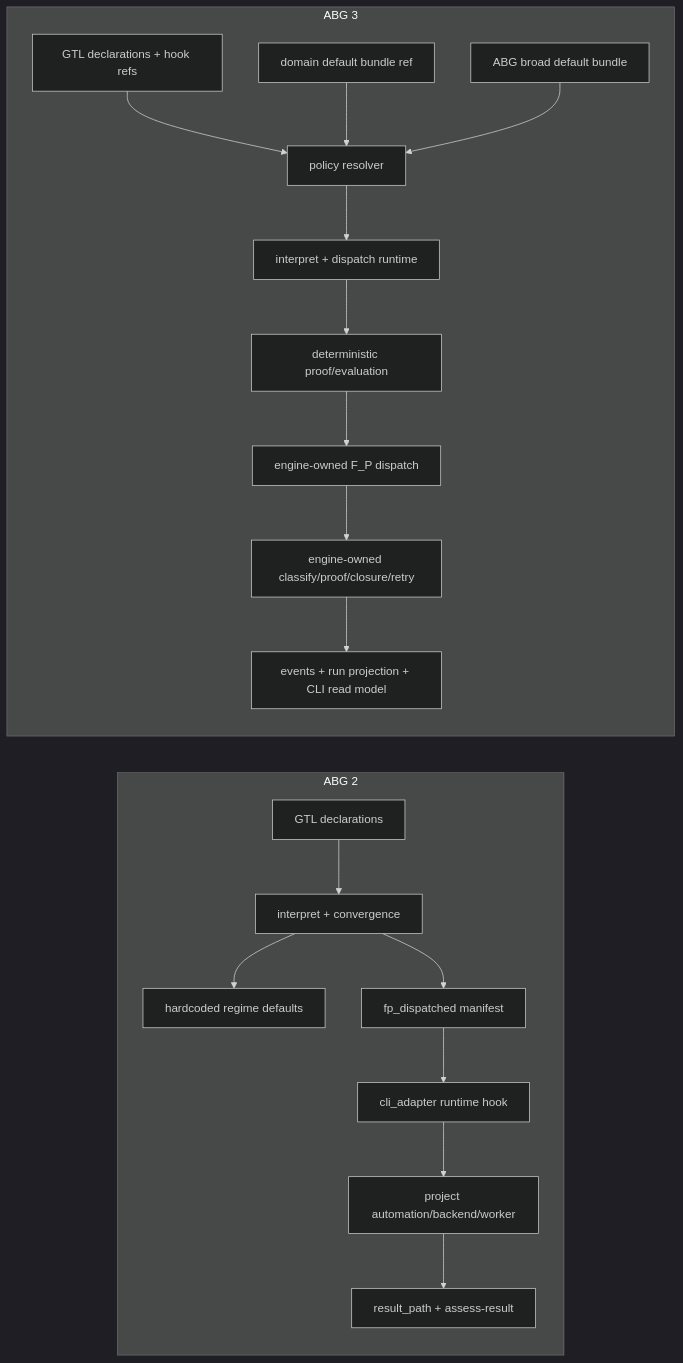
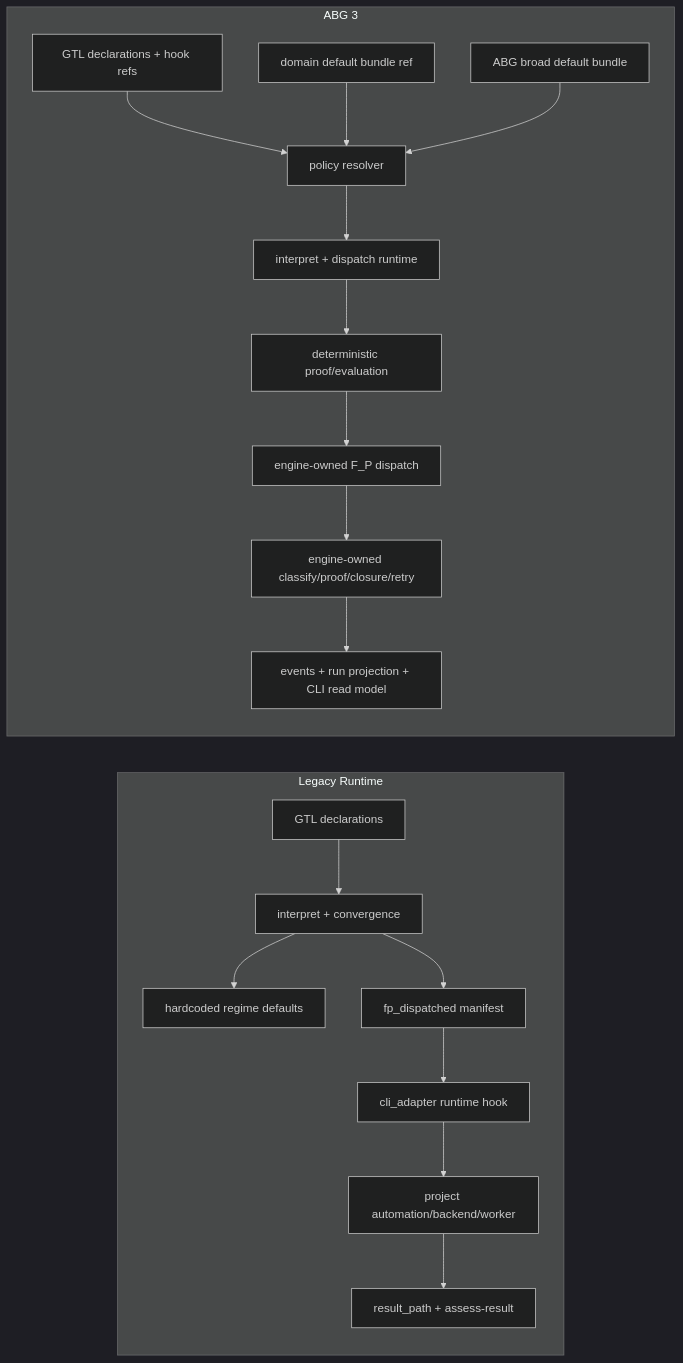
Before and after one commit to foolishimp/abiogenesis: the sixth of 7 diagrams in build_tenants/abiogenesis/python/design/ABG_3_MODULE_DESIGN.md, drawn with Mermaid (dark theme). The commit also changed other lines of this file and 147 other files, not shown here.

````diff
--- a/build_tenants/abiogenesis/python/design/ABG_3_MODULE_DESIGN.md
+++ b/build_tenants/abiogenesis/python/design/ABG_3_MODULE_DESIGN.md
@@ -420,22 +420,22 @@
 ```mermaid
 flowchart LR
-    subgraph ABG2["ABG 2"]
+    subgraph LEGACY["Legacy Runtime"]
         A1["GTL declarations"] --> A2["interpret + convergence"]
         A2 --> A3["hardcoded regime defaults"]
         A2 --> A4["fp_dispatched manifest"]
         A4 --> A5["cli_adapter runtime hook"]
         A5 --> A6["project automation/backend/worker"]
         A6 --> A7["result_path + assess-result"]
     end
 
     subgraph ABG3["ABG 3"]
         B1["GTL declarations + hook refs"] --> B2["policy resolver"]
         B8["domain default bundle ref"] --> B2
         B9["ABG broad default bundle"] --> B2
         B2 --> B3["interpret + dispatch runtime"]
         B3 --> B4["deterministic proof/evaluation"]
         B4 --> B5["engine-owned F_P dispatch"]
         B5 --> B6["engine-owned classify/proof/closure/retry"]
         B6 --> B7["events + run projection + CLI read model"]
     end
 ```
````
